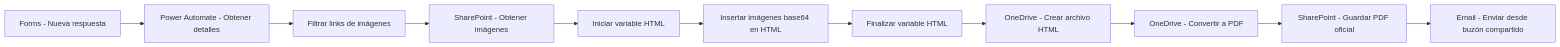
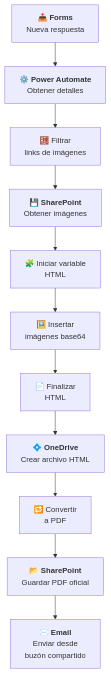
One commit to daianaagustini/Portfolio_PowerBI changed the diagram in 2024_PowerAutomate_automatizacion_lab/readme.md. Above: the diagram before and after it, drawn with Mermaid.

Commit message:
mejorar flow

````diff
--- a/2024_PowerAutomate_automatizacion_lab/readme.md
+++ b/2024_PowerAutomate_automatizacion_lab/readme.md
@@ -8,14 +8,14 @@
 ```mermaid
-flowchart LR
-A[Forms - Nueva respuesta] --> B[Power Automate - Obtener detalles]
-B --> C[Filtrar links de imágenes]
-C --> D[SharePoint - Obtener imágenes]
-D --> E[Iniciar variable HTML]
-E --> F[Insertar imágenes base64 en HTML]
-F --> G[Finalizar variable HTML]
-G --> H[OneDrive - Crear archivo HTML]
-H --> I[OneDrive - Convertir a PDF]
-I --> J[SharePoint - Guardar PDF oficial]
-J --> K[Email - Enviar desde buzón compartido]
+flowchart TB
+  A["📥 <b>Forms</b><br>Nueva respuesta"] --> B["⚙️ <b>Power Automate</b><br>Obtener detalles"]
+  B --> C["🧮 Filtrar<br>links de imágenes"]
+  C --> D["💾 <b>SharePoint</b><br>Obtener imágenes"]
+  D --> E["🧩 Iniciar variable<br>HTML"]
+  E --> F["🖼️ Insertar<br>imágenes base64"]
+  F --> G["📄 Finalizar<br>HTML"]
+  G --> H["💠 <b>OneDrive</b><br>Crear archivo HTML"]
+  H --> I["🔁 Convertir<br>a PDF"]
+  I --> J["📂 <b>SharePoint</b><br>Guardar PDF oficial"]
+  J --> K["✉️ <b>Email</b><br>Enviar desde<br>buzón compartido"]
 
 ```
````
